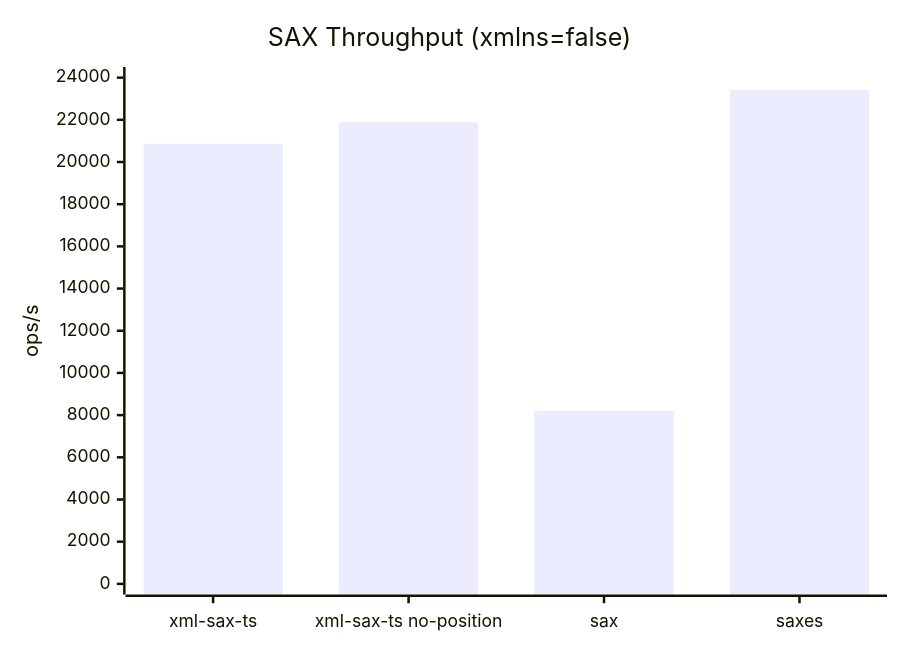
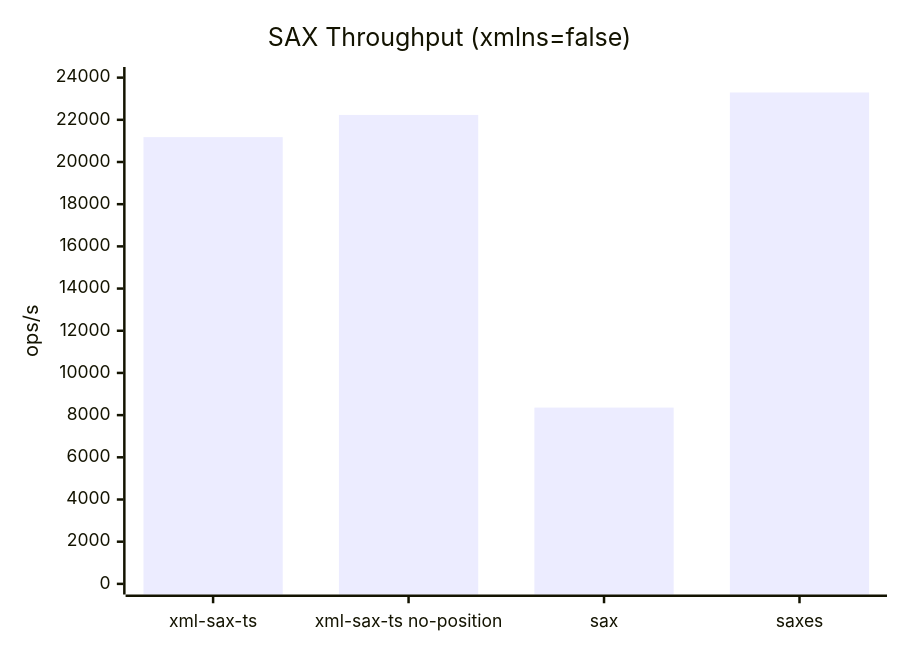
Before and after one commit to aaronzi/xml-sax-ts: the first of 3 diagrams in README.md, drawn with Mermaid. The commit also changed other lines of this file and 1 other file, not shown here.

````diff
--- a/README.md
+++ b/README.md
@@ -209,7 +209,7 @@
 ```mermaid
 xychart-beta
   title "SAX Throughput (xmlns=false)"
   x-axis ["xml-sax-ts", "xml-sax-ts no-position", "sax", "saxes"]
   y-axis "ops/s" 0 --> 24000
-  bar [20857.92, 21884.23, 8211.53, 23413.13]
+  bar [21178.68, 22230.83, 8357.12, 23296.03]
 ```
````
